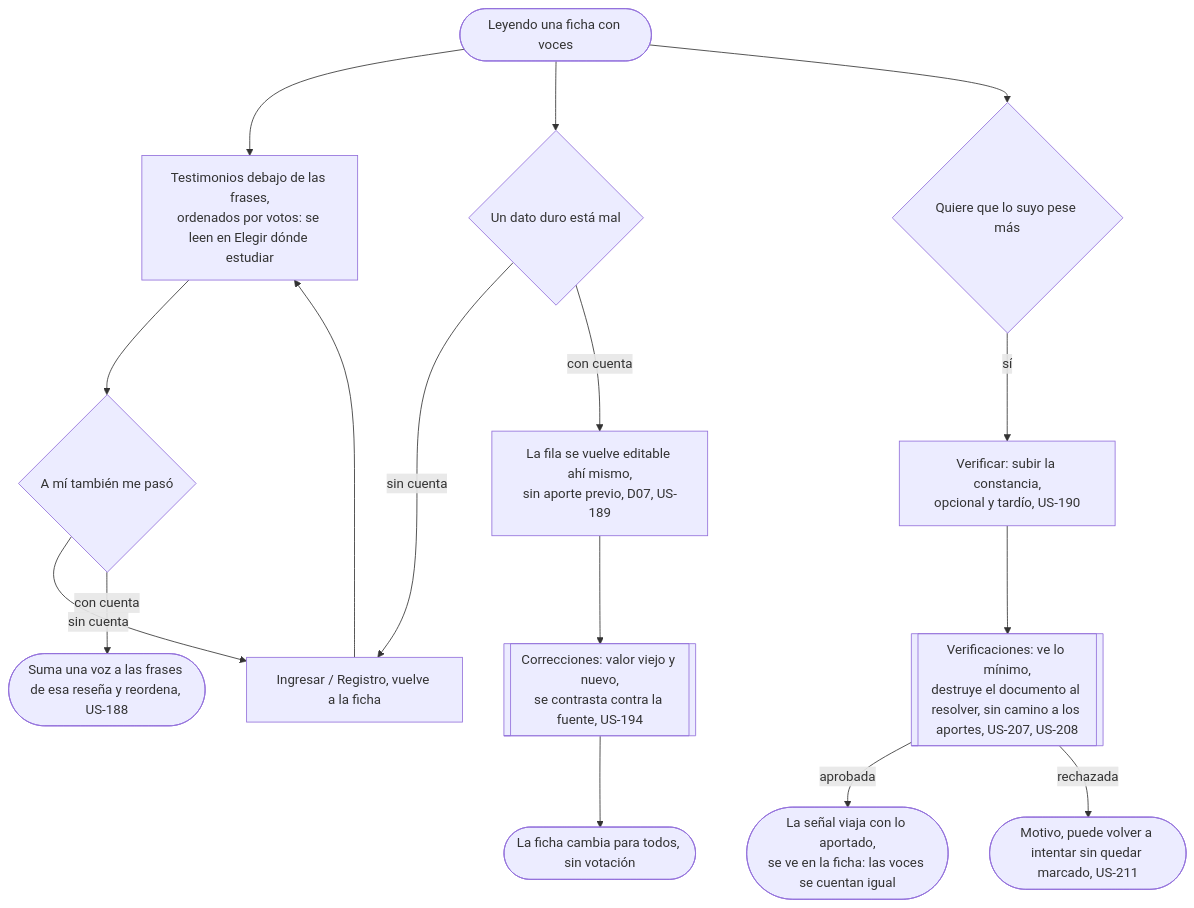
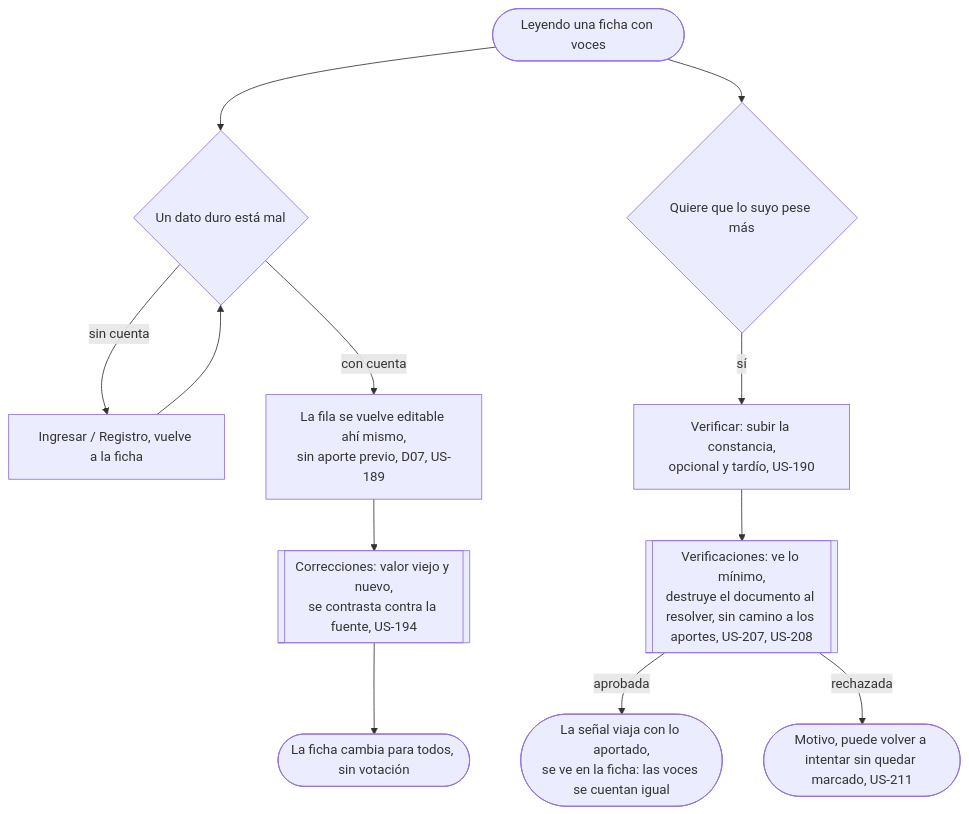
Before and after one commit to lucasidev/plan-b: the diagram in docs/product/student/care-for-what-is-published/flow.md, drawn with Mermaid. The commit also changed other lines of this file and 243 other files, not shown here.

````diff
--- a/docs/product/student/care-for-what-is-published/flow.md
+++ b/docs/product/student/care-for-what-is-published/flow.md
@@ -5,18 +5,14 @@
 ```mermaid
 flowchart TD
-  A([Leyendo una ficha con voces]) --> B[Testimonios debajo de las frases,<br/>ordenados por votos: se leen en Elegir dónde estudiar]
-  B --> C{A mí también me pasó}
-  C -->|sin cuenta| G[Ingresar / Registro, vuelve a la ficha]
-  C -->|con cuenta| C1([Suma una voz a las frases de esa reseña y reordena, US-188])
-  A --> D{Un dato duro está mal}
-  D -->|sin cuenta| G
+  A([Leyendo una ficha con voces]) --> D{Un dato duro está mal}
+  D -->|sin cuenta| G[Ingresar / Registro, vuelve a la ficha]
   D -->|con cuenta| D1[La fila se vuelve editable ahí mismo,<br/>sin aporte previo, D07, US-189]
   D1 --> D2[[Correcciones: valor viejo y nuevo,<br/>se contrasta contra la fuente, US-194]]
   D2 --> D3([La ficha cambia para todos, sin votación])
   A --> E{Quiere que lo suyo pese más}
   E -->|sí| E1[Verificar: subir la constancia,<br/>opcional y tardío, US-190]
   E1 --> E2[[Verificaciones: ve lo mínimo,<br/>destruye el documento al resolver, sin camino a los aportes, US-207, US-208]]
   E2 -->|aprobada| E3([La señal viaja con lo aportado,<br/>se ve en la ficha: las voces se cuentan igual])
   E2 -->|rechazada| E4([Motivo, puede volver a intentar sin quedar marcado, US-211])
-  G --> B
+  G --> D
 ```
````
